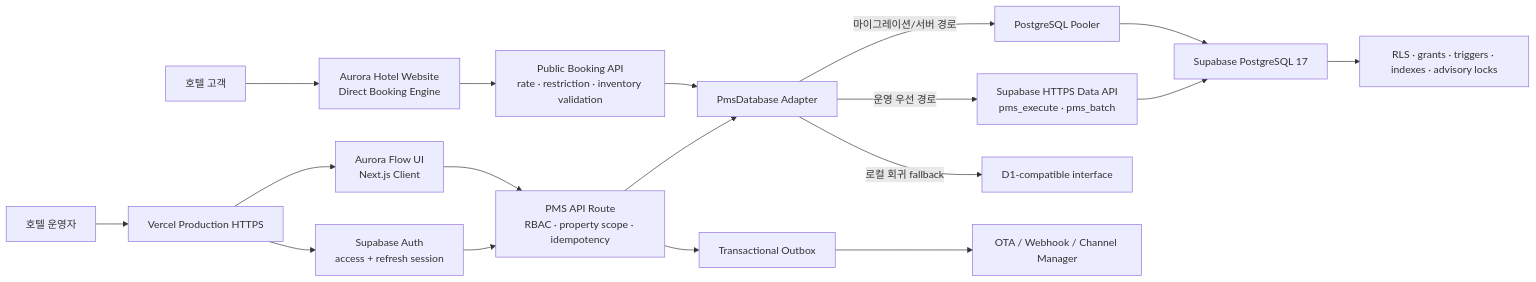
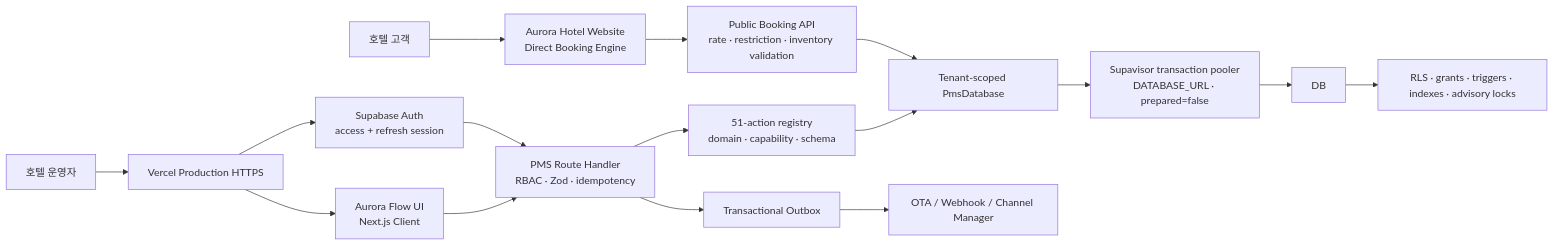
Before and after one commit to sksmsrkk-glitch/Aurora_PMS: the first of 6 diagrams in README.md, drawn with Mermaid. The commit also changed other lines of this file and 104 other files, not shown here.

First line of the commit message:
Eliminate PMS structural debt with PostgreSQL behavior gates (#12)

````diff
--- a/README.md
+++ b/README.md
@@ -111,20 +113,18 @@
 ```mermaid
 flowchart LR
   U["호텔 운영자"] --> VERCEL["Vercel Production HTTPS"]
   G["호텔 고객"] --> WEB["Aurora Hotel Website\nDirect Booking Engine"]
   VERCEL --> AUTH["Supabase Auth\naccess + refresh session"]
   VERCEL --> UI["Aurora Flow UI\nNext.js Client"]
-  AUTH --> API["PMS API Route\nRBAC · property scope · idempotency"]
+  AUTH --> API["PMS Route Handler\nRBAC · Zod · idempotency"]
   UI --> API
   WEB --> BOOKING["Public Booking API\nrate · restriction · inventory validation"]
-  API --> ADAPTER["PmsDatabase Adapter"]
+  API --> REGISTRY["51-action registry\ndomain · capability · schema"]
+  REGISTRY --> ADAPTER["Tenant-scoped PmsDatabase"]
   BOOKING --> ADAPTER
-  ADAPTER -->|"운영 우선 경로"| DATAAPI["Supabase HTTPS Data API\npms_execute · pms_batch"]
-  ADAPTER -->|"마이그레이션/서버 경로"| PG["PostgreSQL Pooler"]
-  ADAPTER -->|"로컬 회귀 fallback"| D1["D1-compatible interface"]
-  DATAAPI --> DB["Supabase PostgreSQL 17"]
+  ADAPTER --> PG["Supavisor transaction pooler\nDATABASE_URL · prepared=false"]
   PG --> DB
   DB --> GUARD["RLS · grants · triggers · indexes · advisory locks"]
   API --> OUTBOX["Transactional Outbox"]
   OUTBOX --> OTA["OTA / Webhook / Channel Manager"]
 ```
````
